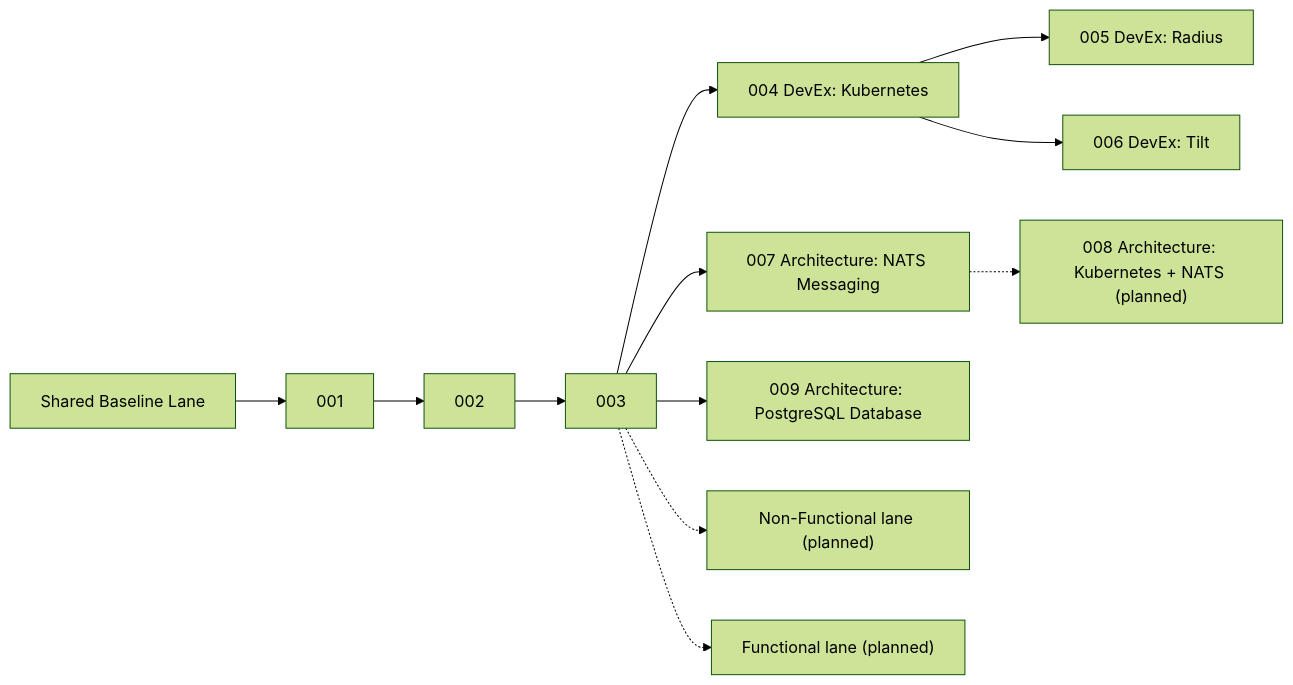
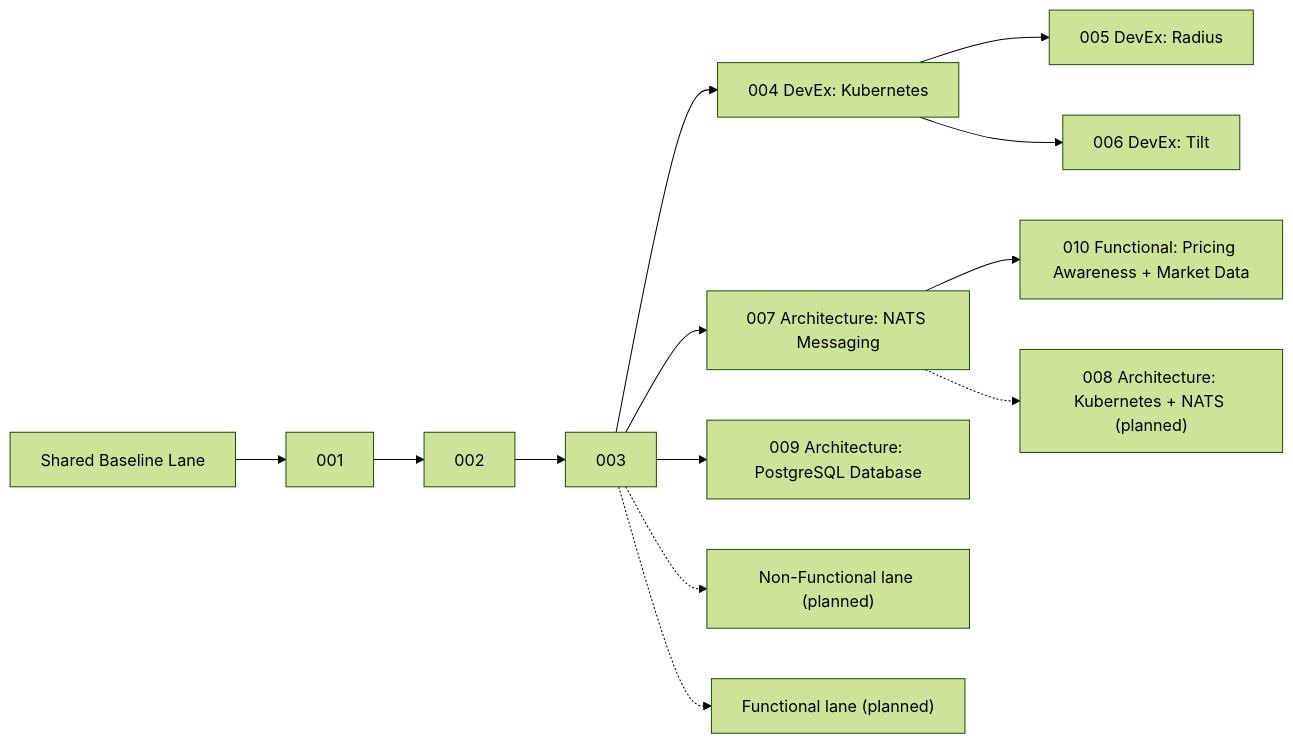
The second of 2 diagrams in docs/spec-kit/visual-learning-graphs.md (finos/traderX), drawn with Mermaid (forest theme) before and after one commit. The commit also changed other lines of this file and 65 other files, not shown here.

Commit message:
state-010: add pricing-aware functional track and publish docs

````diff
--- a/docs/spec-kit/visual-learning-graphs.md
+++ b/docs/spec-kit/visual-learning-graphs.md
@@ -47,17 +50,18 @@
 ```mermaid
 flowchart LR
   B["Shared Baseline Lane"] --> S001["001"]
   S001 --> S002["002"]
   S002 --> S003["003"]
 
   S003 --> D4["004 DevEx: Kubernetes"]
   D4 --> D5["005 DevEx: Radius"]
   D4 --> D6["006 DevEx: Tilt"]
 
   S003 --> A7["007 Architecture: NATS Messaging"]
   S003 --> A9["009 Architecture: PostgreSQL Database"]
+  A7 --> F10["010 Functional: Pricing Awareness + Market Data"]
   A7 -.-> A8["008 Architecture: Kubernetes + NATS (planned)"]
 
   S003 -.-> N1["Non-Functional lane (planned)"]
   S003 -.-> F1["Functional lane (planned)"]
 ```
````
